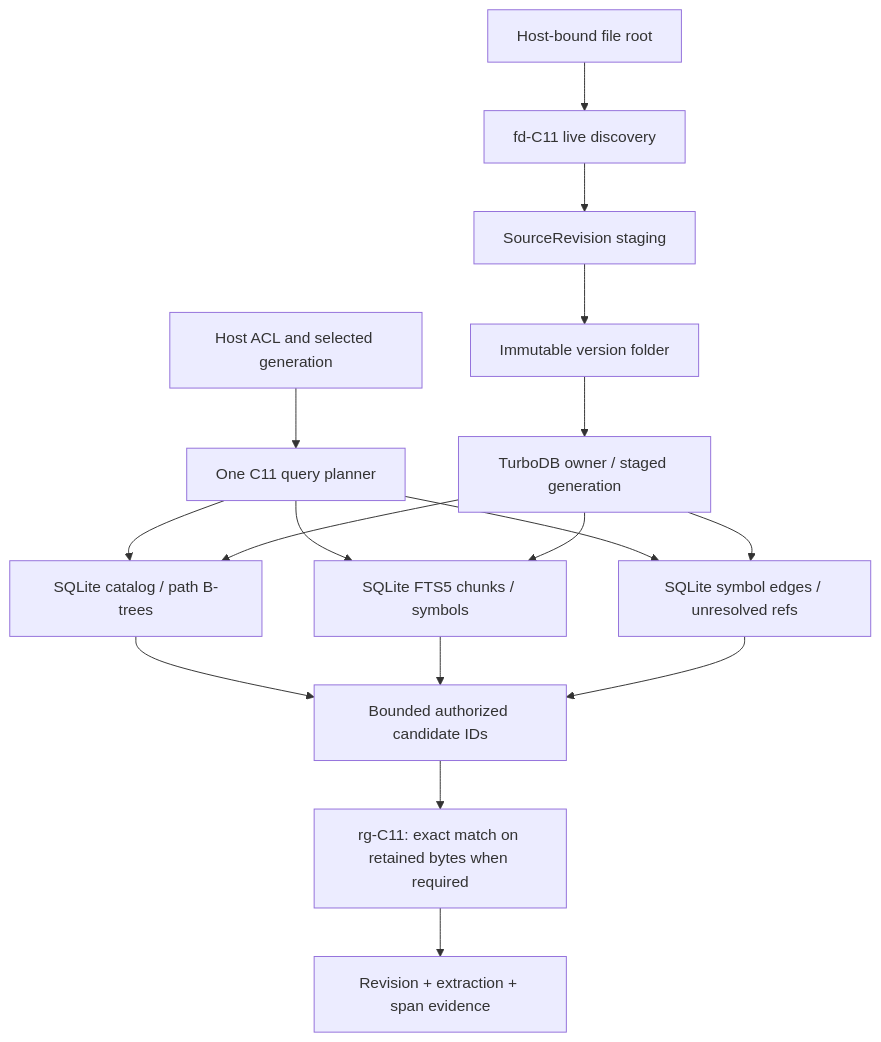
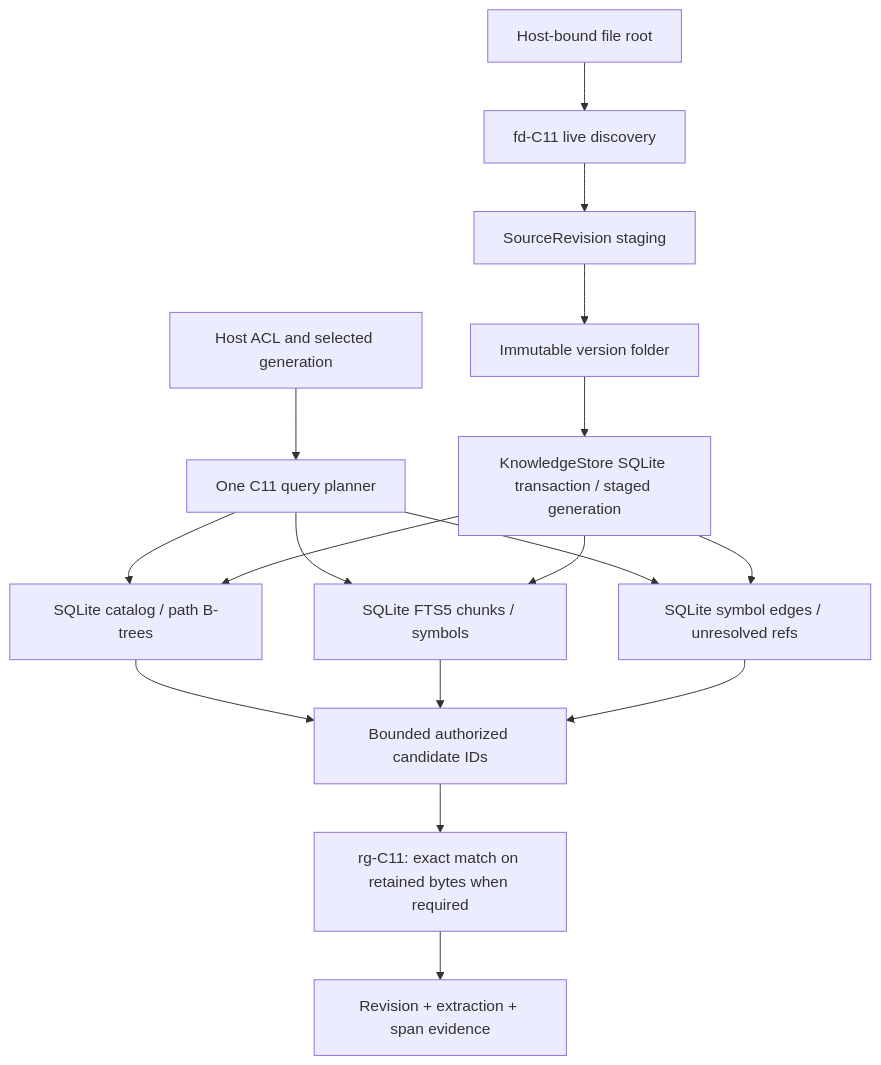
Before and after one commit to qigao/TurboAgent: the diagram in docs/design/versioned-search-fts5-codegraph.md, drawn with Mermaid. The commit also changed other lines of this file, not shown here.

Commit message:
docs(search): retire TurboDB SqliteRevision/LEANN and use native KnowledgeStore SQLite generations (#306)

````diff
--- a/docs/design/versioned-search-fts5-codegraph.md
+++ b/docs/design/versioned-search-fts5-codegraph.md
@@ -21,19 +23,19 @@
 ```mermaid
 flowchart TB
   Host["Host ACL and selected generation"] --> Q["One C11 query planner"]
   Q --> Cat["SQLite catalog / path B-trees"]
   Q --> FTS["SQLite FTS5 chunks / symbols"]
   Q --> Graph["SQLite symbol edges / unresolved refs"]
   Cat --> Cand["Bounded authorized candidate IDs"]
   FTS --> Cand
   Graph --> Cand
   Cand --> Exact["rg-C11: exact match on retained bytes when required"]
   Exact --> Result["Revision + extraction + span evidence"]
   Root["Host-bound file root"] --> FD["fd-C11 live discovery"]
   FD --> Stage["SourceRevision staging"]
   Stage --> Tree["Immutable version folder"]
-  Tree --> S["TurboDB owner / staged generation"]
+  Tree --> S["KnowledgeStore SQLite transaction / staged generation"]
   S --> Cat
   S --> FTS
   S --> Graph
 ```
````
